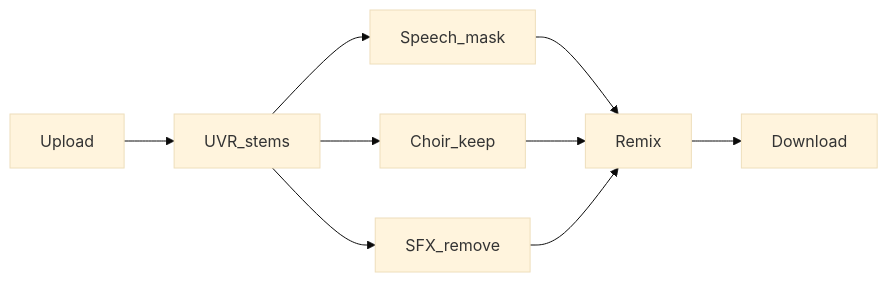
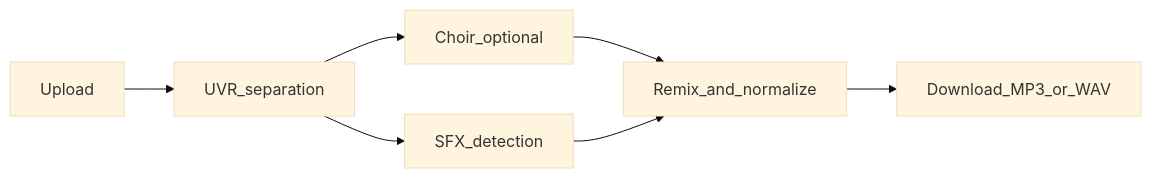
The diagram in README.md (ahmedelhassanein1/PureMusicAI-Music-Cleaner-App), drawn with Mermaid (base theme) before and after one commit. The commit also changed other lines of this file, not shown here.

````diff
--- a/README.md
+++ b/README.md
@@ -47,11 +116,9 @@
 ```mermaid
 flowchart LR
-  upload[Upload] --> stems[UVR_stems]
-  stems --> speech[Speech_mask]
-  stems --> choir[Choir_keep]
-  stems --> sfx[SFX_remove]
-  speech --> remix[Remix]
-  choir --> remix
+  upload[Upload] --> separate[UVR_separation]
+  separate --> choir[Choir_optional]
+  separate --> sfx[SFX_detection]
+  choir --> remix[Remix_and_normalize]
   sfx --> remix
-  remix --> download[Download]
+  remix --> download[Download_MP3_or_WAV]
 ```
````
